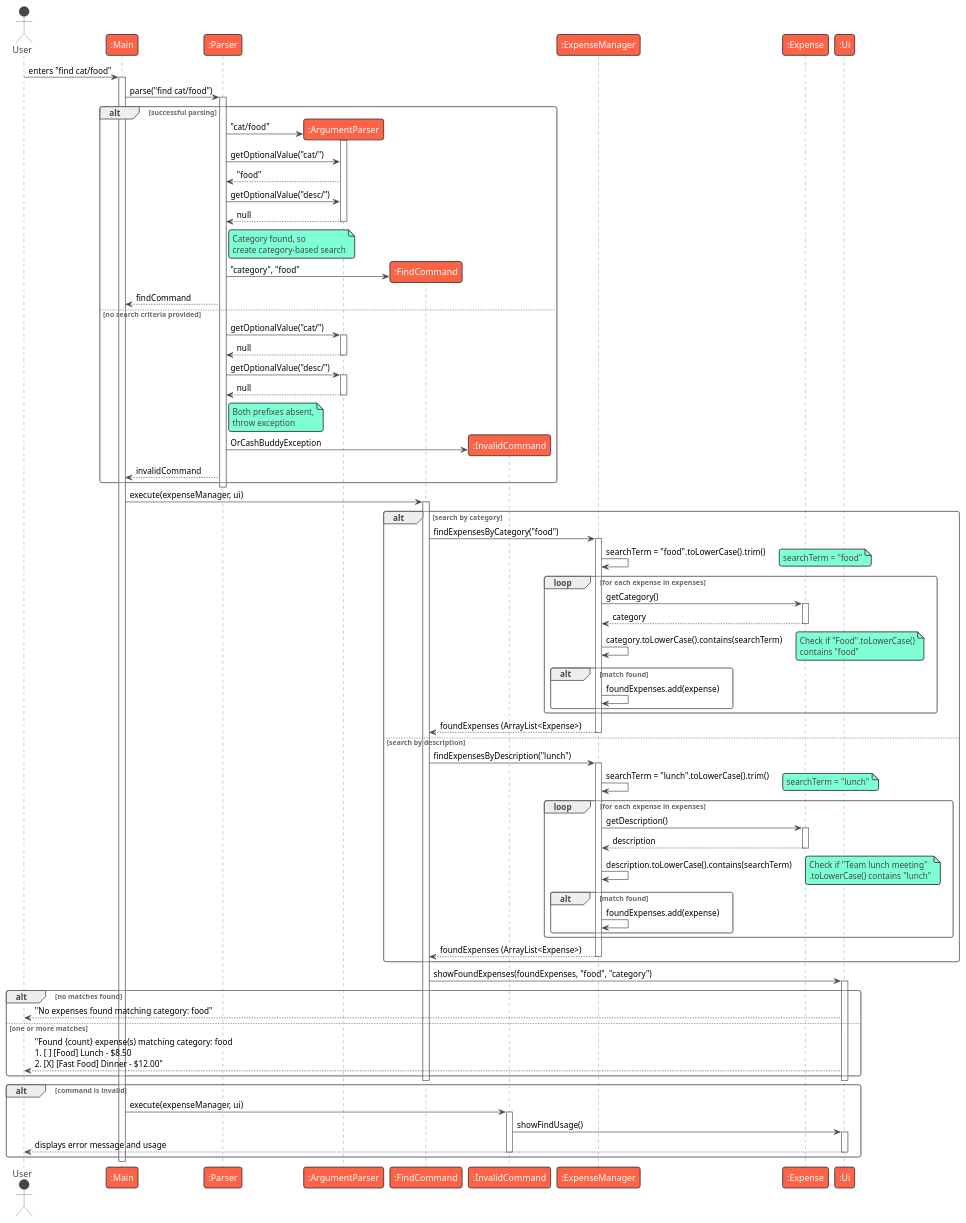
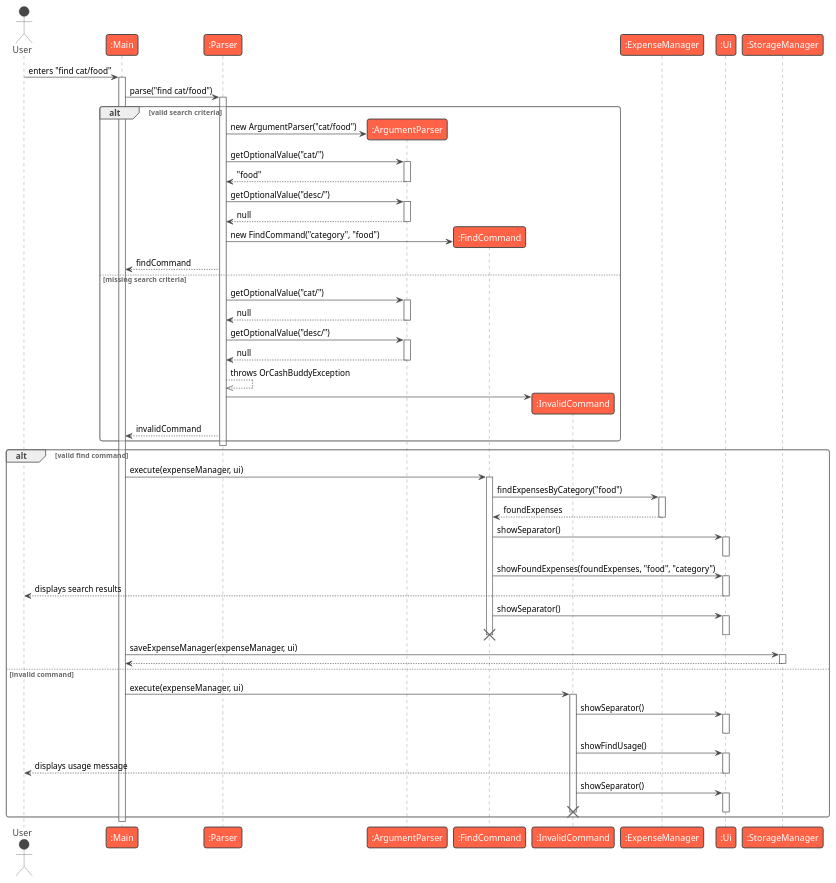
The diagram in docs/diagrams/find-sequence.puml (aydrienlaw/tp), drawn with PlantUML before and after one commit.

Commit message:
docs: update find sequence diagram to reflect command execution flow and error handling

```diff
--- a/docs/diagrams/find-sequence.puml
+++ b/docs/diagrams/find-sequence.puml
@@ -1,139 +1,109 @@
 @startuml
 !theme vibrant
 actor User
 participant ":Main" as Main
 participant ":Parser" as Parser
 participant ":ArgumentParser" as ArgumentParser
 participant ":FindCommand" as FindCommand
 participant ":InvalidCommand" as InvalidCommand
 participant ":ExpenseManager" as ExpenseManager
-participant ":Expense" as Expense
 participant ":Ui" as Ui
+participant ":StorageManager" as StorageManager
 
 User -> Main : enters "find cat/food"
 activate Main
 
 Main -> Parser : parse("find cat/food")
 activate Parser
 
-alt successful parsing
-
+alt valid search criteria
     create ArgumentParser
-    Parser -> ArgumentParser : "cat/food"
-    activate ArgumentParser
+    Parser -> ArgumentParser : new ArgumentParser("cat/food")
 
     Parser -> ArgumentParser : getOptionalValue("cat/")
+    activate ArgumentParser
     ArgumentParser --> Parser : "food"
+    deactivate ArgumentParser
 
     Parser -> ArgumentParser : getOptionalValue("desc/")
+    activate ArgumentParser
     ArgumentParser --> Parser : null
     deactivate ArgumentParser
 
-    note right of Parser: Category found, so\ncreate category-based search
-
     create FindCommand
-    Parser -> FindCommand : "category", "food"
+    Parser -> FindCommand : new FindCommand("category", "food")
     Parser --> Main : findCommand
 
-else no search criteria provided
-
+else missing search criteria
     Parser -> ArgumentParser : getOptionalValue("cat/")
     activate ArgumentParser
     ArgumentParser --> Parser : null
     deactivate ArgumentParser
 
     Parser -> ArgumentParser : getOptionalValue("desc/")
     activate ArgumentParser
     ArgumentParser --> Parser : null
     deactivate ArgumentParser
 
-    note right of Parser: Both prefixes absent,\nthrow exception
+    Parser -->> Parser : throws OrCashBuddyException
 
     create InvalidCommand
-    Parser -> InvalidCommand : OrCashBuddyException
+    Parser -> InvalidCommand
     Parser --> Main : invalidCommand
-
 end
 
 deactivate Parser
 
-Main -> FindCommand : execute(expenseManager, ui)
-activate FindCommand
-
-alt search by category
+alt valid find command
+    Main -> FindCommand : execute(expenseManager, ui)
+    activate FindCommand
 
     FindCommand -> ExpenseManager : findExpensesByCategory("food")
     activate ExpenseManager
-
-    ExpenseManager -> ExpenseManager : searchTerm = "food".toLowerCase().trim()
-    note right: searchTerm = "food"
-
-    loop for each expense in expenses
-        ExpenseManager -> Expense : getCategory()
-        activate Expense
-        Expense --> ExpenseManager : category
-        deactivate Expense
-
-        ExpenseManager -> ExpenseManager : category.toLowerCase().contains(searchTerm)
-        note right: Check if "Food".toLowerCase()\ncontains "food"
-
-        alt match found
-            ExpenseManager -> ExpenseManager : foundExpenses.add(expense)
-        end
-    end
-
-    ExpenseManager --> FindCommand : foundExpenses (ArrayList<Expense>)
+    ExpenseManager --> FindCommand : foundExpenses
     deactivate ExpenseManager
 
-else search by description
+    FindCommand -> Ui : showSeparator()
+    activate Ui
+    deactivate Ui
 
-    FindCommand -> ExpenseManager : findExpensesByDescription("lunch")
-    activate ExpenseManager
+    FindCommand -> Ui : showFoundExpenses(foundExpenses, "food", "category")
+    activate Ui
+    Ui --> User : displays search results
+    deactivate Ui
 
-    ExpenseManager -> ExpenseManager : searchTerm = "lunch".toLowerCase().trim()
-    note right: searchTerm = "lunch"
+    FindCommand -> Ui : showSeparator()
+    activate Ui
+    deactivate Ui
 
-    loop for each expense in expenses
-        ExpenseManager -> Expense : getDescription()
-        activate Expense
-        Expense --> ExpenseManager : description
-        deactivate Expense
+    deactivate FindCommand
+    destroy FindCommand
 
-        ExpenseManager -> ExpenseManager : description.toLowerCase().contains(searchTerm)
-        note right: Check if "Team lunch meeting"\n.toLowerCase() contains "lunch"
+    Main -> StorageManager : saveExpenseManager(expenseManager, ui)
+    activate StorageManager
+    StorageManager --> Main
+    deactivate StorageManager
 
-        alt match found
-            ExpenseManager -> ExpenseManager : foundExpenses.add(expense)
-        end
-    end
-
-    ExpenseManager --> FindCommand : foundExpenses (ArrayList<Expense>)
-    deactivate ExpenseManager
-
-end
-
-FindCommand -> Ui : showFoundExpenses(foundExpenses, "food", "category")
-activate Ui
-
-alt no matches found
-    Ui --> User : "No expenses found matching category: food"
-else one or more matches
-    Ui --> User : "Found {count} expense(s) matching category: food\n1. [ ] [Food] Lunch - $8.50\n2. [X] [Fast Food] Dinner - $12.00"
-end
-
-deactivate Ui
-
-deactivate FindCommand
-
-alt command is invalid
+else invalid command
     Main -> InvalidCommand : execute(expenseManager, ui)
     activate InvalidCommand
+
+    InvalidCommand -> Ui : showSeparator()
+    activate Ui
+    deactivate Ui
+
     InvalidCommand -> Ui : showFindUsage()
     activate Ui
-    Ui --> User : displays error message and usage
+    Ui --> User : displays usage message
     deactivate Ui
+
+    InvalidCommand -> Ui : showSeparator()
+    activate Ui
+    deactivate Ui
+
     deactivate InvalidCommand
+    destroy InvalidCommand
 end
 
 deactivate Main
 @enduml
```
